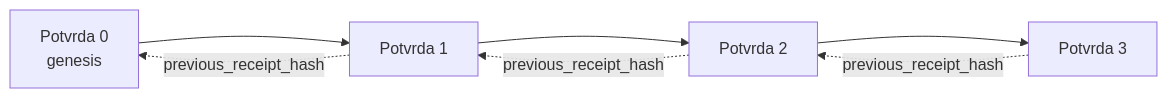
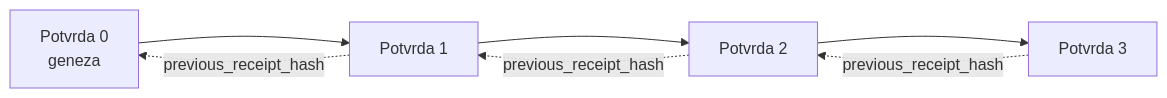
The second of 2 diagrams in translations/hr/18-securing-ai-agents/README.md (microsoft/ai-agents-for-beginners), drawn with Mermaid before and after one commit. The commit also changed other lines of this file and 223 other files, not shown here.

````diff
--- a/translations/hr/18-securing-ai-agents/README.md
+++ b/translations/hr/18-securing-ai-agents/README.md
@@ -206,9 +206,9 @@
 ```mermaid
 flowchart LR
-    R0[Potvrda 0<br/>genesis] --> R1[Potvrda 1]
+    R0[Potvrda 0<br/>geneza] --> R1[Potvrda 1]
     R1 --> R2[Potvrda 2]
     R2 --> R3[Potvrda 3]
     R1 -. previous_receipt_hash .-> R0
     R2 -. previous_receipt_hash .-> R1
     R3 -. previous_receipt_hash .-> R2
 ```
````
